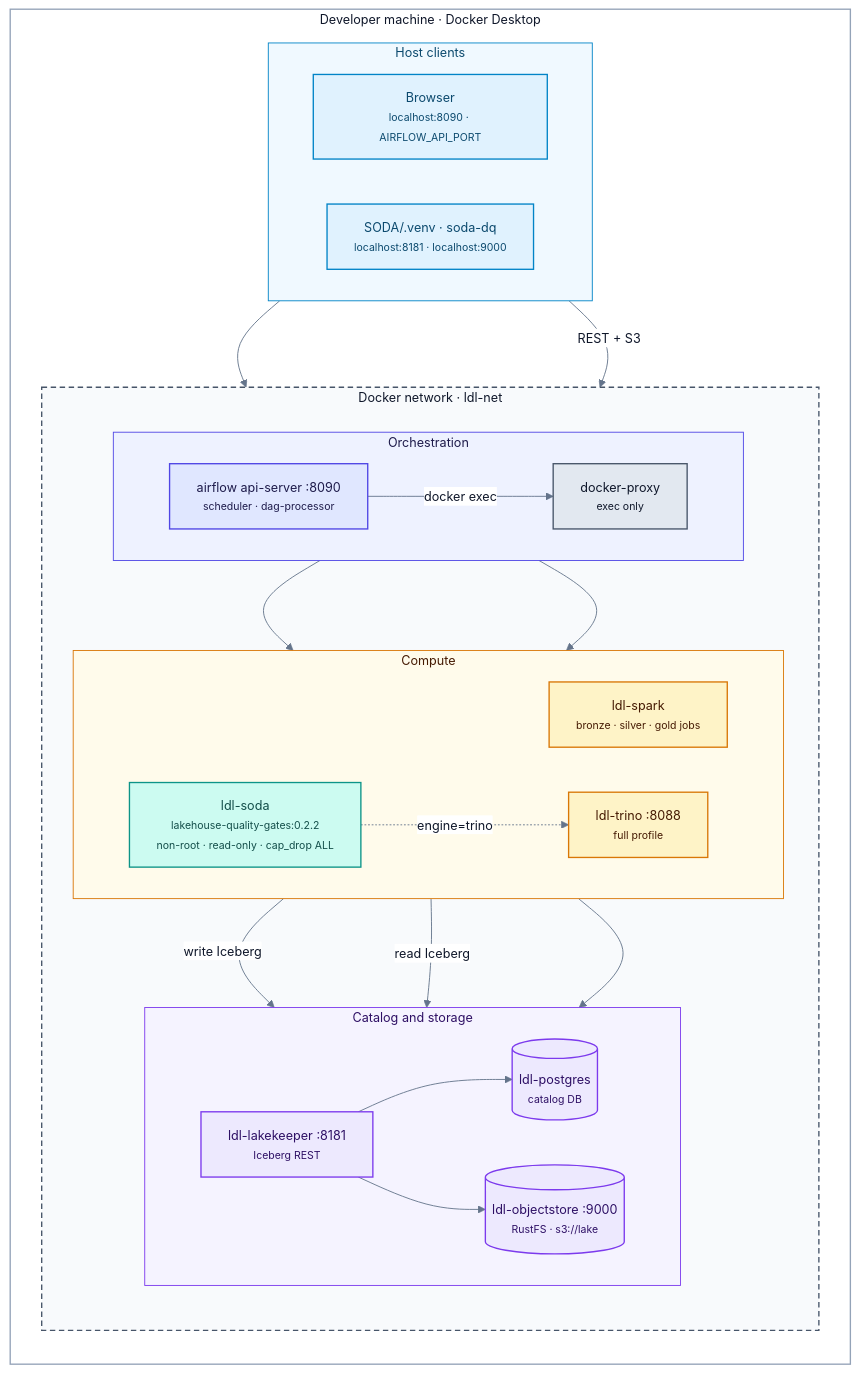
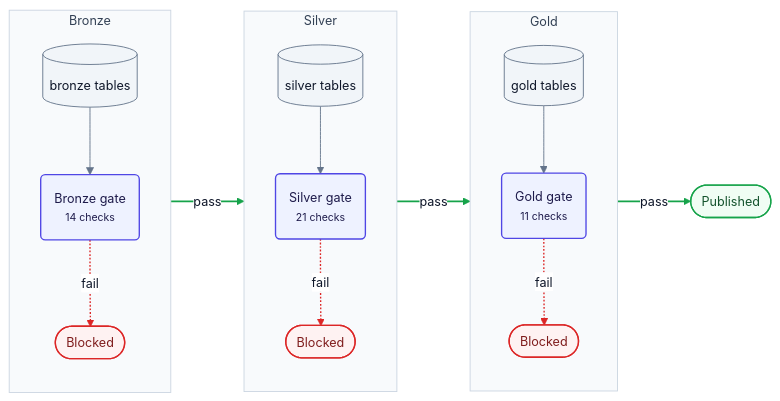
One commit to santoshshinde2012/lakehouse-quality-gates changed the third of 7 diagrams in docs/architecture.md. Above: the diagram before and after it, drawn with Mermaid. The commit also changed other lines of this file and 21 other files, not shown here.

Commit message:
docs: professional system architecture diagram

````diff
--- a/docs/architecture.md
+++ b/docs/architecture.md
@@ -166,58 +147,43 @@
 ```mermaid
-%%{init: {'theme':'base','themeVariables':{'fontFamily':'Inter, system-ui, -apple-system, Segoe UI, Helvetica, Arial, sans-serif','fontSize':'14px','primaryColor':'#eef2ff','primaryTextColor':'#0f172a','primaryBorderColor':'#6366f1','secondaryColor':'#f1f5f9','secondaryTextColor':'#0f172a','secondaryBorderColor':'#94a3b8','tertiaryColor':'#f8fafc','tertiaryTextColor':'#0f172a','tertiaryBorderColor':'#cbd5e1','lineColor':'#64748b','textColor':'#0f172a','nodeTextColor':'#0f172a','titleColor':'#0f172a','clusterBkg':'#f8fafc','clusterBorder':'#94a3b8','edgeLabelBackground':'#ffffff','noteBkgColor':'#fef9c3','noteTextColor':'#422006','noteBorderColor':'#ca8a04','actorBkg':'#eef2ff','actorBorder':'#6366f1','actorTextColor':'#1e1b4b','actorLineColor':'#94a3b8','signalColor':'#334155','signalTextColor':'#0f172a','labelBoxBkgColor':'#eef2ff','labelBoxBorderColor':'#6366f1','labelTextColor':'#1e1b4b','loopTextColor':'#1e1b4b','activationBkgColor':'#e0e7ff','activationBorderColor':'#4f46e5','sequenceNumberColor':'#ffffff','classText':'#0f172a'}}}%%
-flowchart TB
-  subgraph HOST["Developer machine · Docker Desktop"]
+%%{init: {'theme':'base','themeVariables':{'fontFamily':'Inter, system-ui, -apple-system, Segoe UI, Helvetica, Arial, sans-serif','fontSize':'14px','primaryColor':'#ffffff','primaryTextColor':'#0f172a','primaryBorderColor':'#94a3b8','secondaryColor':'#f8fafc','tertiaryColor':'#f8fafc','lineColor':'#64748b','textColor':'#0f172a','clusterBkg':'#f8fafc','clusterBorder':'#cbd5e1','titleColor':'#334155','edgeLabelBackground':'#ffffff','noteBkgColor':'#f8fafc','noteTextColor':'#0f172a','noteBorderColor':'#cbd5e1','actorBkg':'#ffffff','actorBorder':'#94a3b8','actorTextColor':'#0f172a','actorLineColor':'#94a3b8','signalColor':'#475569','signalTextColor':'#0f172a','labelBoxBkgColor':'#f8fafc','labelBoxBorderColor':'#94a3b8','labelTextColor':'#0f172a','loopTextColor':'#0f172a','activationBkgColor':'#eef2ff','activationBorderColor':'#4f46e5','sequenceNumberColor':'#ffffff','classText':'#0f172a'}}}%%
+flowchart LR
+  subgraph BRZ["Bronze"]
     direction TB
-    subgraph CLIENTS["Host clients"]
-      direction LR
-      BRW["Browser<br/><small>localhost:8090 · AIRFLOW_API_PORT</small>"]:::entry
-      VENV["SODA/.venv · soda-dq<br/><small>localhost:8181 · localhost:9000</small>"]:::entry
-    end
-    subgraph NET["Docker network · ldl-net"]
-      direction TB
-      subgraph ORCH["Orchestration"]
-        direction LR
-        AF["airflow api-server :8090<br/><small>scheduler · dag-processor</small>"]:::app
-        DP["docker-proxy<br/><small>exec only</small>"]:::root
-      end
-      subgraph RUN["Compute"]
-        direction LR
-        SP["ldl-spark<br/><small>bronze · silver · gold jobs</small>"]:::platform
-        SO["ldl-soda<br/><small>lakehouse-quality-gates:0.2.2<br/>non-root · read-only · cap_drop ALL</small>"]:::adapter
-        TR["ldl-trino :8088<br/><small>full profile</small>"]:::platform
-      end
-      subgraph STORE["Catalog and storage"]
-        direction LR
-        LK["ldl-lakekeeper :8181<br/><small>Iceberg REST</small>"]:::domain
-        PG[("ldl-postgres<br/><small>catalog DB</small>")]:::domain
-        OS[("ldl-objectstore :9000<br/><small>RustFS · s3://lake</small>")]:::domain
-      end
-    end
+    B[("bronze tables")]:::store
+    GB("Bronze gate<br/><small>14 checks</small>"):::ours
+    X1(["Blocked"]):::blocked
+    B --> GB
+    GB -. fail .-> X1
   end
-  BRW --> AF
-  AF -->|docker exec| DP
-  DP --> SP
-  DP --> SO
-  SP -->|write Iceberg| LK
-  SO -->|read Iceberg| LK
-  SO -. "engine=trino" .-> TR
-  TR --> LK
-  VENV -->|REST + S3| LK
-  LK --> PG
-  LK --> OS
-  classDef entry fill:#e0f2fe,stroke:#0284c7,stroke-width:1.5px,color:#0c4a6e
-  classDef root fill:#e2e8f0,stroke:#475569,stroke-width:1.5px,color:#0f172a
-  classDef app fill:#e0e7ff,stroke:#4f46e5,stroke-width:1.5px,color:#1e1b4b
-  classDef domain fill:#ede9fe,stroke:#7c3aed,stroke-width:1.5px,color:#2e1065
-  classDef adapter fill:#ccfbf1,stroke:#0d9488,stroke-width:1.5px,color:#134e4a
-  classDef platform fill:#fef3c7,stroke:#d97706,stroke-width:1.5px,color:#451a03
-  classDef xcut fill:#f1f5f9,stroke:#64748b,stroke-width:1.5px,stroke-dasharray:4 3,color:#1e293b
-  classDef pass fill:#dcfce7,stroke:#16a34a,stroke-width:1.5px,color:#14532d
-  classDef fail fill:#fee2e2,stroke:#dc2626,stroke-width:2px,color:#7f1d1d
-  style HOST fill:#ffffff,stroke:#94a3b8,stroke-width:1.5px,color:#0f172a
-  style CLIENTS fill:#f0f9ff,stroke:#0284c7,stroke-width:1px,color:#0c4a6e
-  style NET fill:#f8fafc,stroke:#475569,stroke-width:1.5px,stroke-dasharray:6 4,color:#0f172a
-  style ORCH fill:#eef2ff,stroke:#4f46e5,stroke-width:1px,color:#1e1b4b
-  style RUN fill:#fffbeb,stroke:#d97706,stroke-width:1px,color:#451a03
-  style STORE fill:#f5f3ff,stroke:#7c3aed,stroke-width:1px,color:#2e1065
+  subgraph SLV["Silver"]
+    direction TB
+    S[("silver tables")]:::store
+    GS("Silver gate<br/><small>21 checks</small>"):::ours
+    X2(["Blocked"]):::blocked
+    S --> GS
+    GS -. fail .-> X2
+  end
+  subgraph GLD["Gold"]
+    direction TB
+    G[("gold tables")]:::store
+    GG("Gold gate<br/><small>11 checks</small>"):::ours
+    X3(["Blocked"]):::blocked
+    G --> GG
+    GG -. fail .-> X3
+  end
+  OK(["Published"]):::pass
+  BRZ -->|pass| SLV
+  SLV -->|pass| GLD
+  GLD -->|pass| OK
+  classDef node fill:#ffffff,stroke:#94a3b8,stroke-width:1px,color:#0f172a
+  classDef store fill:#f1f5f9,stroke:#64748b,stroke-width:1px,color:#0f172a
+  classDef ours fill:#eef2ff,stroke:#4f46e5,stroke-width:1.5px,color:#1e1b4b
+  classDef actor fill:#ffffff,stroke:#64748b,stroke-width:1px,color:#0f172a
+  classDef blocked fill:#fef2f2,stroke:#dc2626,stroke-width:1.5px,color:#7f1d1d
+  classDef pass fill:#f0fdf4,stroke:#16a34a,stroke-width:1.5px,color:#14532d
+  style BRZ fill:#f8fafc,stroke:#cbd5e1,stroke-width:1px,color:#334155
+  style SLV fill:#f8fafc,stroke:#cbd5e1,stroke-width:1px,color:#334155
+  style GLD fill:#f8fafc,stroke:#cbd5e1,stroke-width:1px,color:#334155
+  linkStyle 1,3,5 stroke:#dc2626,stroke-width:1.5px
+  linkStyle 6,7,8 stroke:#16a34a,stroke-width:2px
 ```
````
